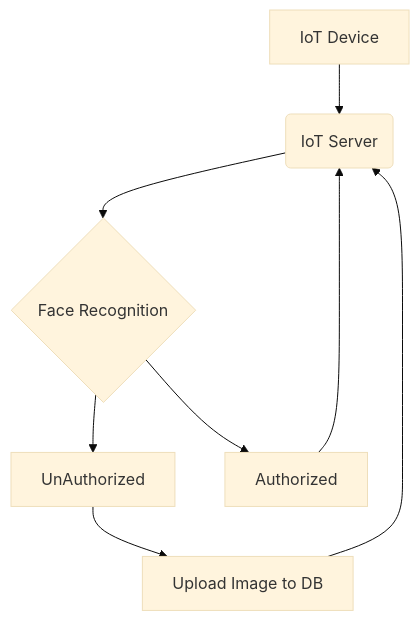
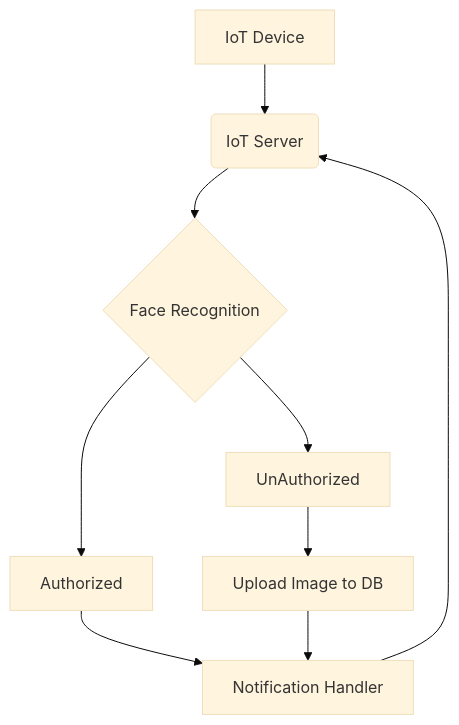
Before and after one commit to Nandhakumarsj/secure-locker: the diagram in README.md, drawn with Mermaid (base theme).

````diff
--- a/README.md
+++ b/README.md
@@ -10,10 +10,11 @@
 ```mermaid
 graph TD;
     A[IoT Device] --> B(IoT Server);
     B --> C{Face Recognition};
     C --> D[UnAuthorized];
     C --> E[Authorized];
-    E --> B;
     D --> F[Upload Image to DB];
-    F --> B;
+    E --> G[Notification Handler];
+    F --> G;
+    G --> B;
 ```
````
